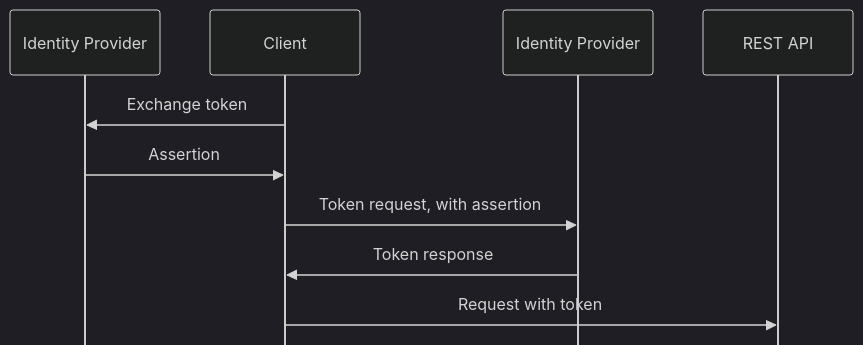
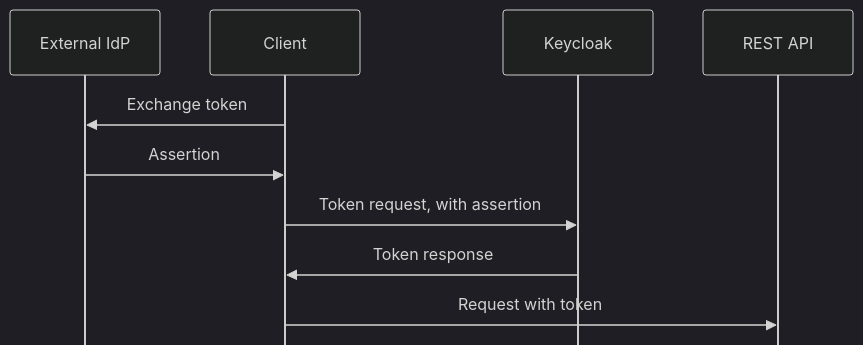
Before and after one commit to stianst/playground: the third of 4 diagrams in seq/assertions.md, drawn with Mermaid (dark theme). The commit also changed other lines of this file, not shown here.

````diff
--- a/seq/assertions.md
+++ b/seq/assertions.md
@@ -42,16 +42,16 @@
 ```mermaid
 ---
 config:
     mirrorActors: false
 ---
 sequenceDiagram
-    participant IDPA as Identity Provider #A
+    participant IDPA as External IdP
     participant C as Client
-    participant IDPB as Identity Provider #B
+    participant IDPB as Keycloak
     participant RS as REST API
     C->>IDPA: Exchange token
     IDPA->>C: Assertion
     C->>IDPB: Token request, with assertion
     IDPB->>C: Token response
     C->>RS: Request with token
 ```
````
